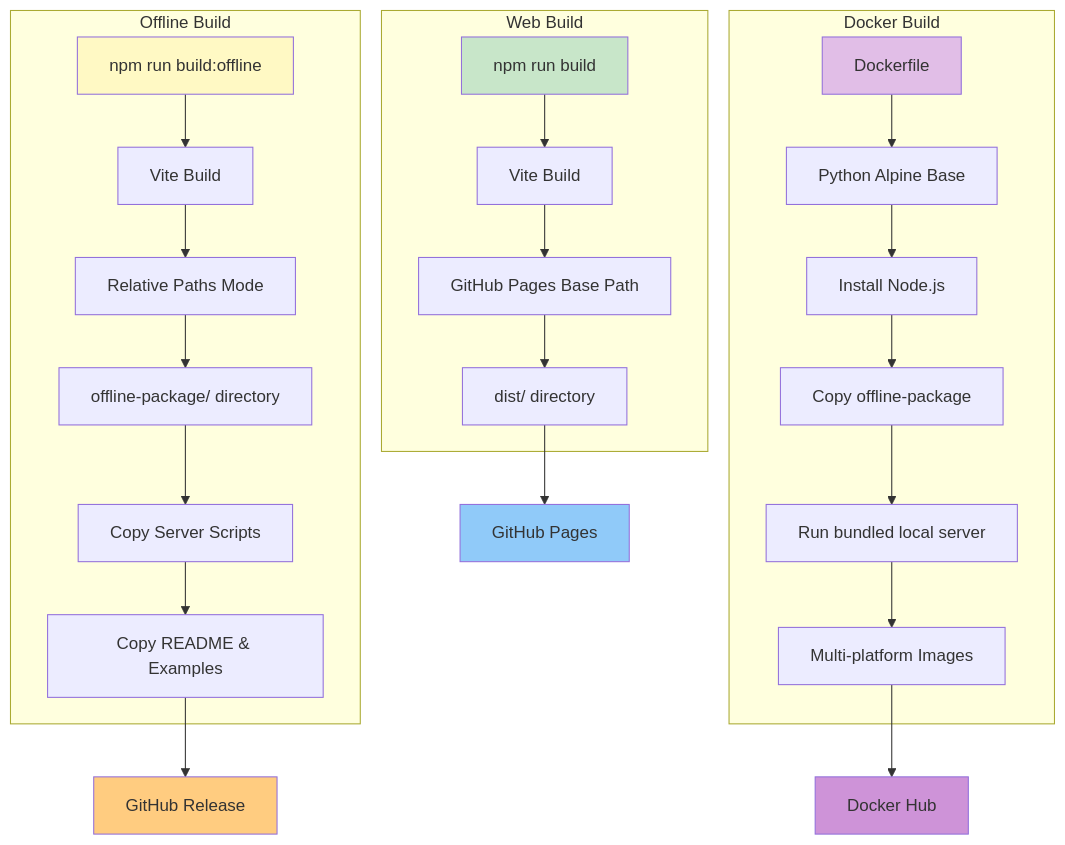
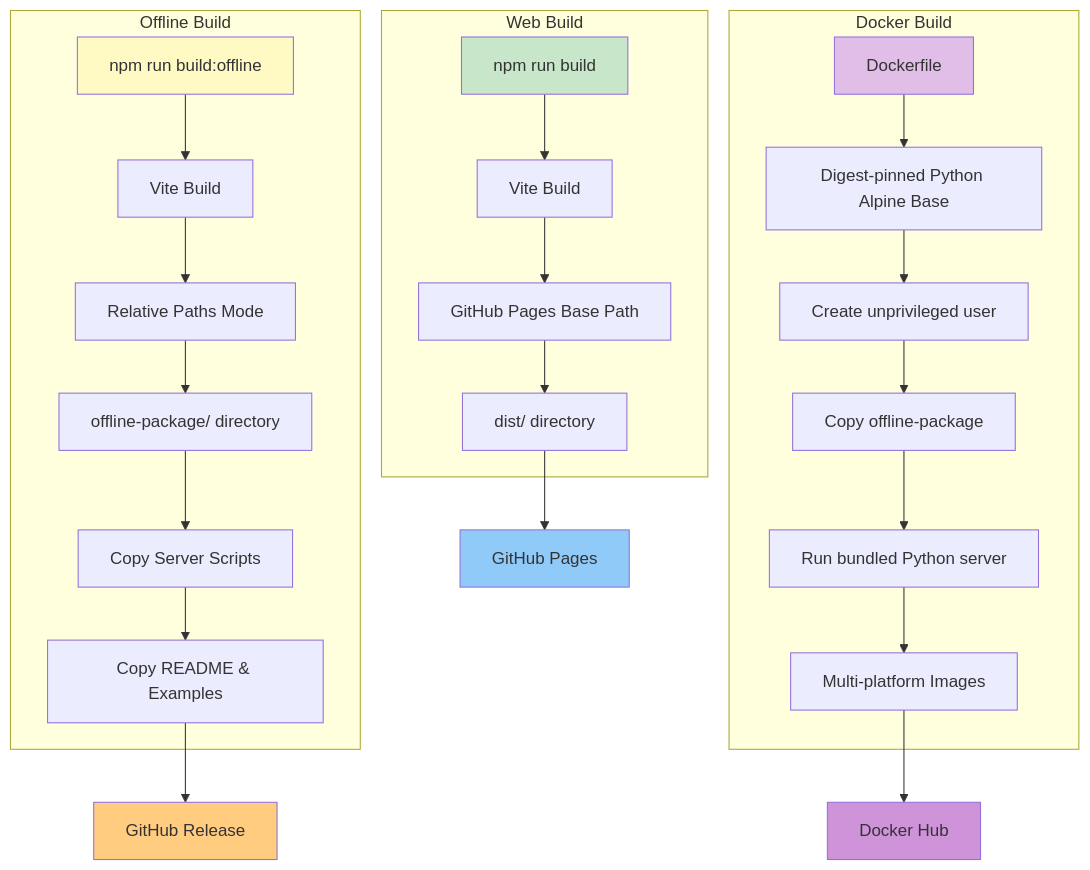
The third of 3 diagrams in docs/DEPLOYMENT.md (kanad13/mermaid-slides), drawn with Mermaid before and after one commit. The commit also changed 3 other files, not shown here.

````diff
--- a/docs/DEPLOYMENT.md
+++ b/docs/DEPLOYMENT.md
@@ -205,35 +205,35 @@
 ```mermaid
 graph TB
     subgraph "Web Build"
         A1[npm run build] --> A2[Vite Build]
         A2 --> A3[GitHub Pages Base Path]
         A3 --> A4[dist/ directory]
     end
 
     subgraph "Offline Build"
         B1[npm run build:offline] --> B2[Vite Build]
         B2 --> B3[Relative Paths Mode]
         B3 --> B4[offline-package/ directory]
         B4 --> B5[Copy Server Scripts]
         B5 --> B6[Copy README & Examples]
     end
 
     subgraph "Docker Build"
-        C1[Dockerfile] --> C2[Python Alpine Base]
-        C2 --> C3[Install Node.js]
+        C1[Dockerfile] --> C2[Digest-pinned Python Alpine Base]
+        C2 --> C3[Create unprivileged user]
         C3 --> C4[Copy offline-package]
-        C4 --> C5[Run bundled local server]
+        C4 --> C5[Run bundled Python server]
         C5 --> C6[Multi-platform Images]
     end
 
     A4 --> D[GitHub Pages]
     B6 --> E[GitHub Release]
     C6 --> F[Docker Hub]
 
     style A1 fill:#c8e6c9
     style B1 fill:#fff9c4
     style C1 fill:#e1bee7
     style D fill:#90caf9
     style E fill:#ffcc80
     style F fill:#ce93d8
 ```
````
